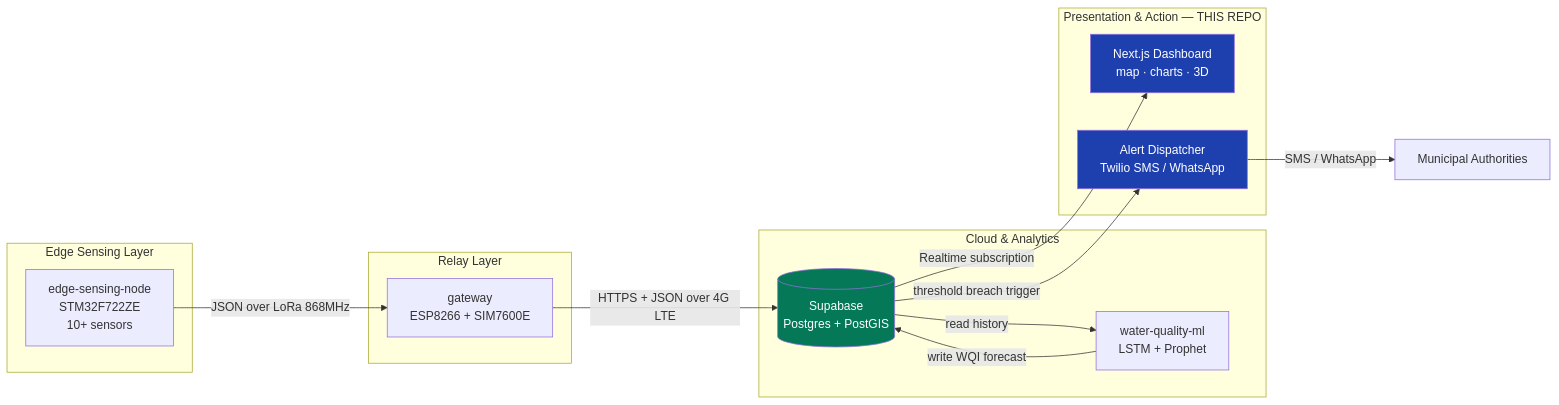
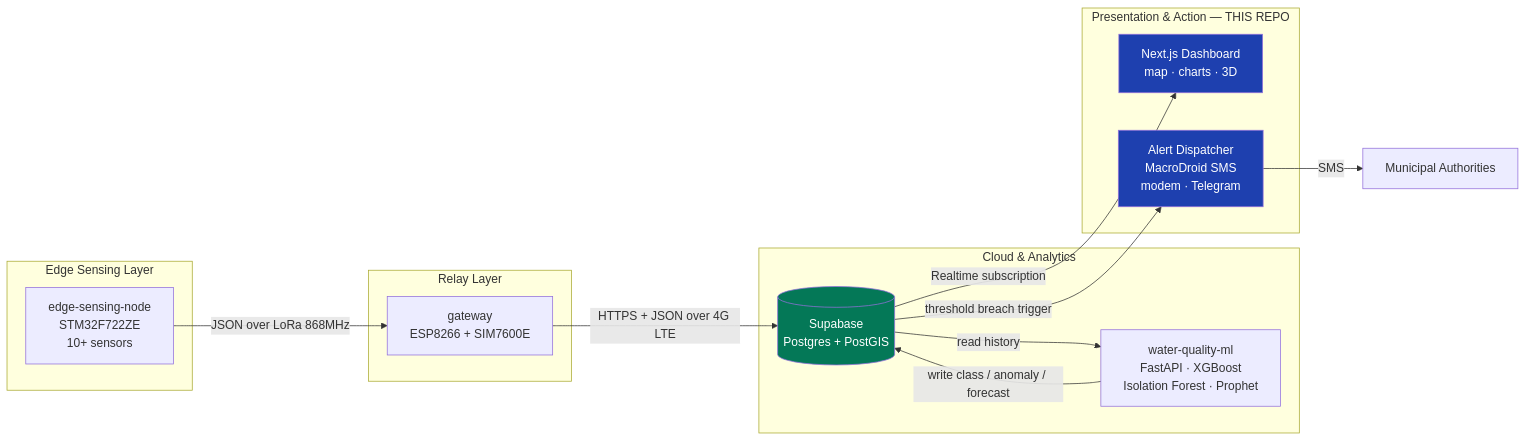
Before and after one commit to WQM-Project/wqm-web-dashboard: the first of 4 diagrams in README.md, drawn with Mermaid. The commit also changed other lines of this file and 106 other files, not shown here.

````diff
--- a/README.md
+++ b/README.md
@@ -14,29 +16,29 @@
 ```mermaid
 flowchart LR
     subgraph edge["Edge Sensing Layer"]
         A["edge-sensing-node<br/>STM32F722ZE<br/>10+ sensors"]
     end
     subgraph relay["Relay Layer"]
         B["gateway<br/>ESP8266 + SIM7600E"]
     end
     subgraph cloud["Cloud & Analytics"]
         C[("Supabase<br/>Postgres + PostGIS")]
-        D["water-quality-ml<br/>LSTM + Prophet"]
+        D["water-quality-ml<br/>FastAPI · XGBoost<br/>Isolation Forest · Prophet"]
     end
     subgraph present["Presentation & Action — THIS REPO"]
         E["Next.js Dashboard<br/>map · charts · 3D"]
-        F["Alert Dispatcher<br/>Twilio SMS / WhatsApp"]
+        F["Alert Dispatcher<br/>MacroDroid SMS<br/>modem · Telegram"]
     end
 
     A -- "JSON over LoRa 868MHz" --> B
     B -- "HTTPS + JSON over 4G LTE" --> C
     C -- "read history" --> D
-    D -- "write WQI forecast" --> C
+    D -- "write class / anomaly / forecast" --> C
     C -- "Realtime subscription" --> E
     C -- "threshold breach trigger" --> F
-    F -- "SMS / WhatsApp" --> G["Municipal Authorities"]
+    F -- "SMS" --> G["Municipal Authorities"]
 
     style E fill:#1e40af,color:#fff
     style F fill:#1e40af,color:#fff
     style C fill:#047857,color:#fff
 ```
````
